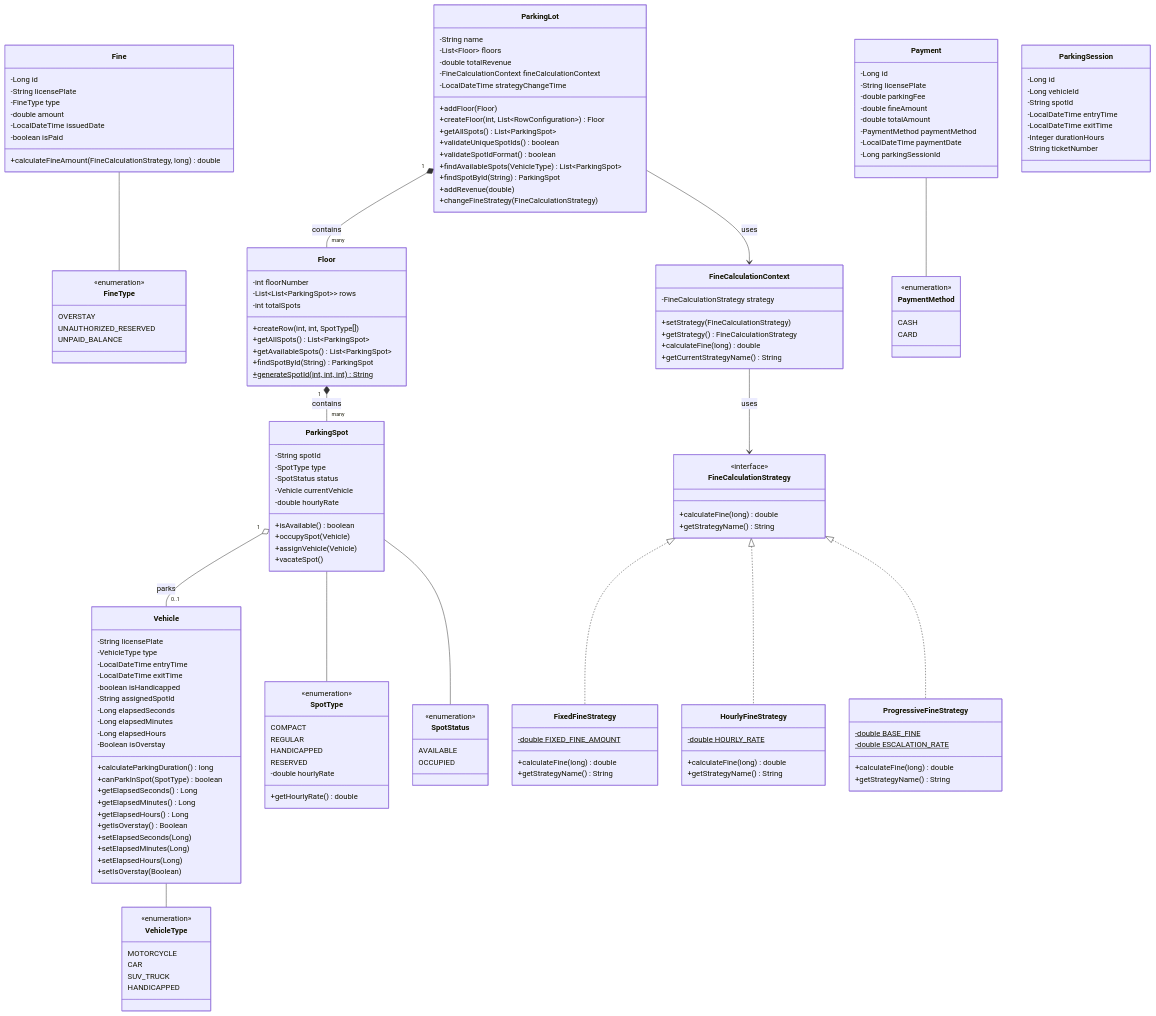
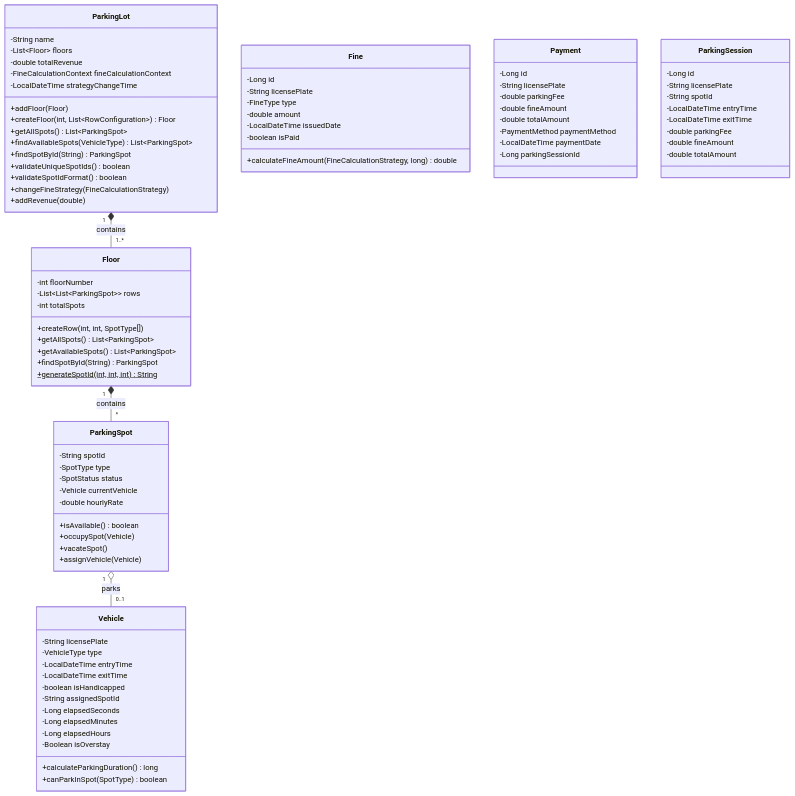
The first of 19 diagrams in UML_DIAGRAMS.md (Jinyuanmak/OOAD-Assignment), drawn with Mermaid before and after one commit. The commit also changed other lines of this file and 11 other files, not shown here.

````diff
--- a/UML_DIAGRAMS.md
+++ b/UML_DIAGRAMS.md
@@ -29,14 +24,14 @@
         +addFloor(Floor)
         +createFloor(int, List~RowConfiguration~) Floor
         +getAllSpots() List~ParkingSpot~
+        +findAvailableSpots(VehicleType) List~ParkingSpot~
+        +findSpotById(String) ParkingSpot
         +validateUniqueSpotIds() boolean
         +validateSpotIdFormat() boolean
-        +findAvailableSpots(VehicleType) List~ParkingSpot~
-        +findSpotById(String) ParkingSpot
+        +changeFineStrategy(FineCalculationStrategy)
         +addRevenue(double)
-        +changeFineStrategy(FineCalculationStrategy)
     }
-
+    
     class Floor {
         -int floorNumber
         -List~List~ParkingSpot~~ rows
@@ -47,7 +42,7 @@
         +findSpotById(String) ParkingSpot
         +generateSpotId(int, int, int)$ String
     }
-
+    
     class ParkingSpot {
         -String spotId
         -SpotType type
@@ -56,10 +51,10 @@
         -double hourlyRate
         +isAvailable() boolean
         +occupySpot(Vehicle)
+        +vacateSpot()
         +assignVehicle(Vehicle)
-        +vacateSpot()
     }
-
+    
     class Vehicle {
         -String licensePlate
         -VehicleType type
@@ -73,16 +68,8 @@
         -Boolean isOverstay
         +calculateParkingDuration() long
         +canParkInSpot(SpotType) boolean
-        +getElapsedSeconds() Long
-        +getElapsedMinutes() Long
-        +getElapsedHours() Long
-        +getIsOverstay() Boolean
-        +setElapsedSeconds(Long)
-        +setElapsedMinutes(Long)
-        +setElapsedHours(Long)
-        +setIsOverstay(Boolean)
     }
-
+    
     class Fine {
         -Long id
         -String licensePlate
@@ -92,7 +79,7 @@
         -boolean isPaid
         +calculateFineAmount(FineCalculationStrategy, long) double
     }
-
+    
     class Payment {
         -Long id
         -String licensePlate
@@ -103,99 +90,19 @@
         -LocalDateTime paymentDate
         -Long parkingSessionId
     }
-
+    
     class ParkingSession {
         -Long id
-        -Long vehicleId
+        -String licensePlate
         -String spotId
         -LocalDateTime entryTime
         -LocalDateTime exitTime
-        -Integer durationHours
-        -String ticketNumber
+        -double parkingFee
+        -double fineAmount
+        -double totalAmount
     }
-
-    class VehicleType {
-        <<enumeration>>
-        MOTORCYCLE
-        CAR
-        SUV_TRUCK
-        HANDICAPPED
-    }
-
-    class SpotType {
-        <<enumeration>>
-        COMPACT
-        REGULAR
-        HANDICAPPED
-        RESERVED
-        -double hourlyRate
-        +getHourlyRate() double
-    }
-
-    class SpotStatus {
-        <<enumeration>>
-        AVAILABLE
-        OCCUPIED
-    }
-
-    class FineType {
-        <<enumeration>>
-        OVERSTAY
-        UNAUTHORIZED_RESERVED
-        UNPAID_BALANCE
-    }
-
-    class PaymentMethod {
-        <<enumeration>>
-        CASH
-        CARD
-    }
-
-    class FineCalculationStrategy {
-        <<interface>>
-        +calculateFine(long) double
-        +getStrategyName() String
-    }
-
-    class FixedFineStrategy {
-        -double FIXED_FINE_AMOUNT$
-        +calculateFine(long) double
-        +getStrategyName() String
-    }
-
-    class HourlyFineStrategy {
-        -double HOURLY_RATE$
-        +calculateFine(long) double
-        +getStrategyName() String
-    }
-
-    class ProgressiveFineStrategy {
-        -double BASE_FINE$
-        -double ESCALATION_RATE$
-        +calculateFine(long) double
-        +getStrategyName() String
-    }
-
-    class FineCalculationContext {
-        -FineCalculationStrategy strategy
-        +setStrategy(FineCalculationStrategy)
-        +getStrategy() FineCalculationStrategy
-        +calculateFine(long) double
-        +getCurrentStrategyName() String
-    }
-
-    ParkingLot "1" *-- "many" Floor : contains
-    Floor "1" *-- "many" ParkingSpot : contains
+    
+    ParkingLot "1" *-- "1..*" Floor : contains
+    Floor "1" *-- "*" ParkingSpot : contains
     ParkingSpot "1" o-- "0..1" Vehicle : parks
-    ParkingSpot -- SpotType
-    ParkingSpot -- SpotStatus
-    Vehicle -- VehicleType
-    Fine -- FineType
-    Payment -- PaymentMethod
-    
-    ParkingLot --> FineCalculationContext : uses
-    FineCalculationContext --> FineCalculationStrategy : uses
-    FineCalculationStrategy <|.. FixedFineStrategy
-    FineCalculationStrategy <|.. HourlyFineStrategy
-    FineCalculationStrategy <|.. ProgressiveFineStrategy
 ```
````
